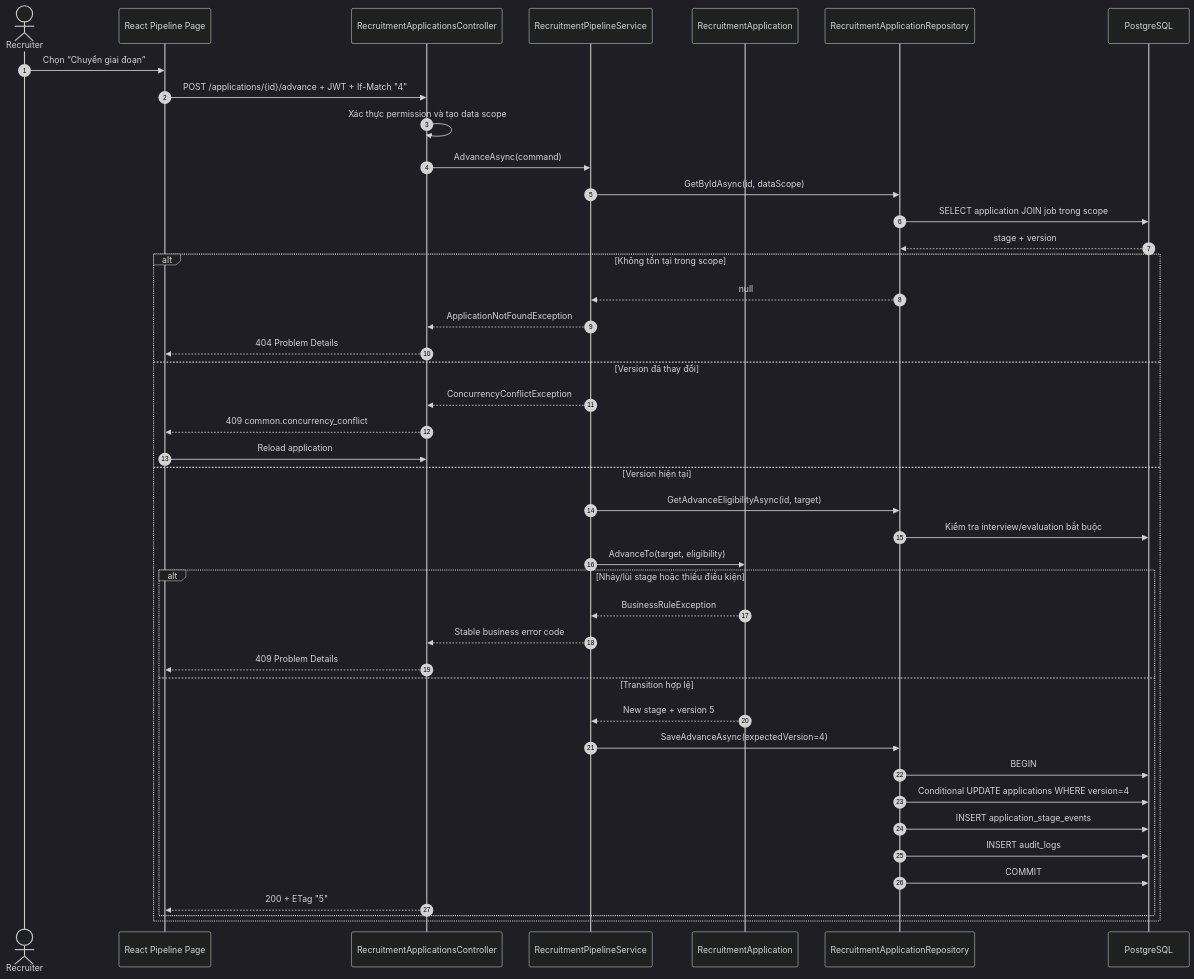
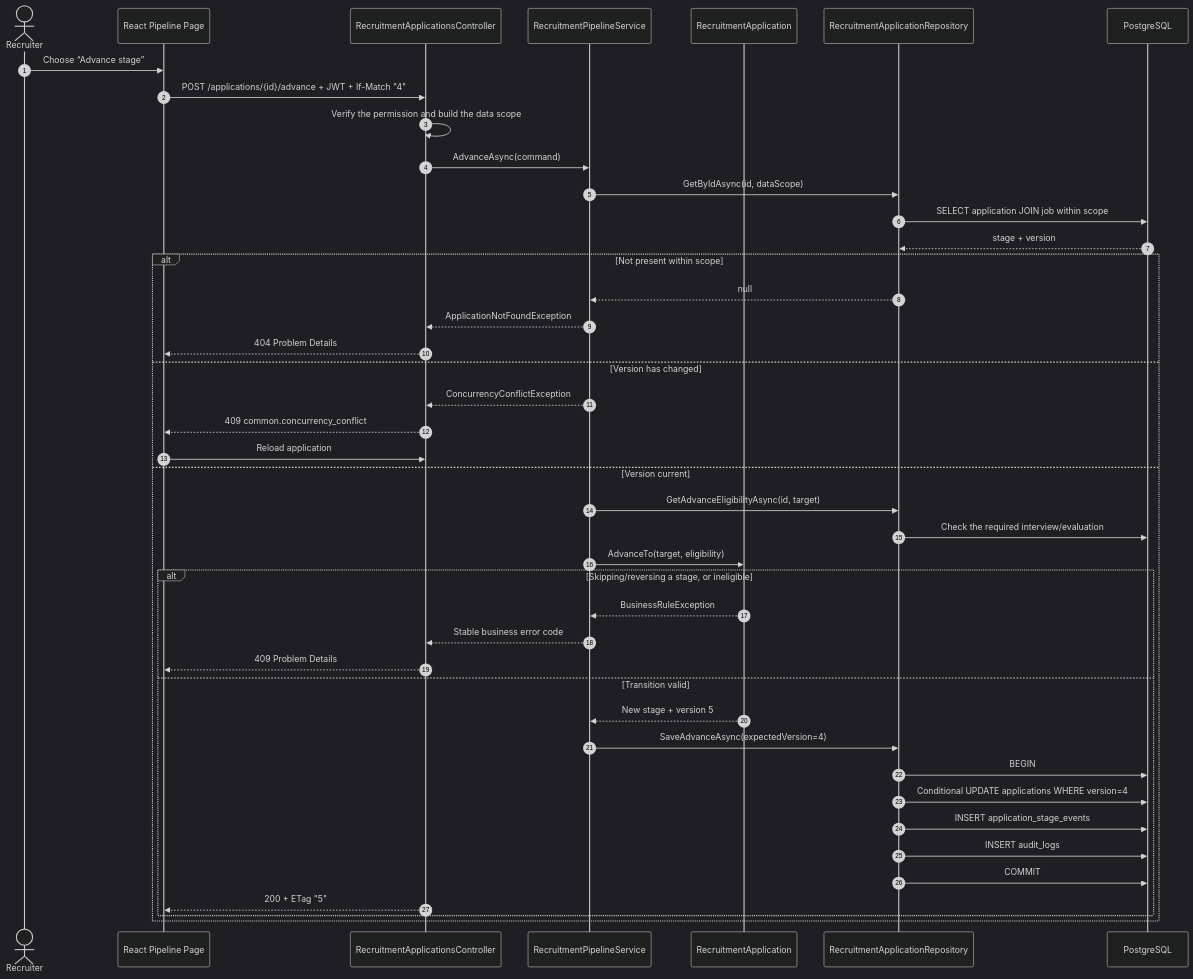
One commit to nvdat16/QLNS changed the third of 8 diagrams in docs/sequence_diagrams.md. Above: the diagram before and after it, drawn with Mermaid (dark theme). The commit also changed other lines of this file and 25 other files, not shown here.

````diff
--- a/docs/sequence_diagrams.md
+++ b/docs/sequence_diagrams.md
@@ -128,48 +128,48 @@
 ```mermaid
 sequenceDiagram
     autonumber
     actor R as Recruiter
     participant UI as React Pipeline Page
     participant C as RecruitmentApplicationsController
     participant S as RecruitmentPipelineService
     participant D as RecruitmentApplication
     participant Repo as RecruitmentApplicationRepository
     participant DB as PostgreSQL
 
-    R->>UI: Chọn “Chuyển giai đoạn”
+    R->>UI: Choose “Advance stage”
     UI->>C: POST /applications/{id}/advance + JWT + If-Match "4"
-    C->>C: Xác thực permission và tạo data scope
+    C->>C: Verify the permission and build the data scope
     C->>S: AdvanceAsync(command)
     S->>Repo: GetByIdAsync(id, dataScope)
-    Repo->>DB: SELECT application JOIN job trong scope
+    Repo->>DB: SELECT application JOIN job within scope
     DB-->>Repo: stage + version
 
-    alt Không tồn tại trong scope
+    alt Not present within scope
         Repo-->>S: null
         S-->>C: ApplicationNotFoundException
         C-->>UI: 404 Problem Details
-    else Version đã thay đổi
+    else Version has changed
         S-->>C: ConcurrencyConflictException
         C-->>UI: 409 common.concurrency_conflict
         UI->>C: Reload application
-    else Version hiện tại
+    else Version current
         S->>Repo: GetAdvanceEligibilityAsync(id, target)
-        Repo->>DB: Kiểm tra interview/evaluation bắt buộc
+        Repo->>DB: Check the required interview/evaluation
         S->>D: AdvanceTo(target, eligibility)
 
-        alt Nhảy/lùi stage hoặc thiếu điều kiện
+        alt Skipping/reversing a stage, or ineligible
             D-->>S: BusinessRuleException
             S-->>C: Stable business error code
             C-->>UI: 409 Problem Details
-        else Transition hợp lệ
+        else Transition valid
             D-->>S: New stage + version 5
             S->>Repo: SaveAdvanceAsync(expectedVersion=4)
             Repo->>DB: BEGIN
             Repo->>DB: Conditional UPDATE applications WHERE version=4
             Repo->>DB: INSERT application_stage_events
             Repo->>DB: INSERT audit_logs
             Repo->>DB: COMMIT
             C-->>UI: 200 + ETag "5"
         end
     end
 ```
````
